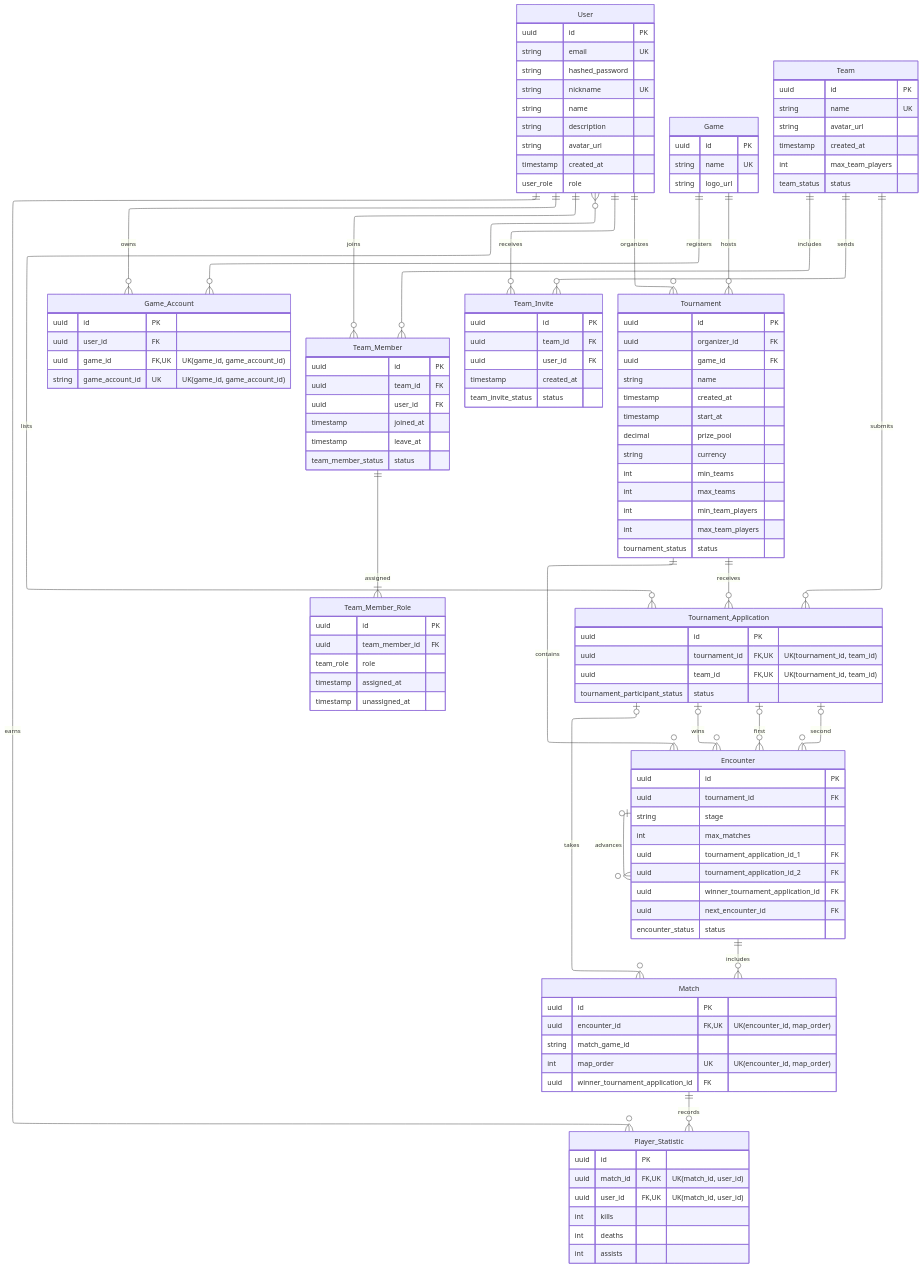
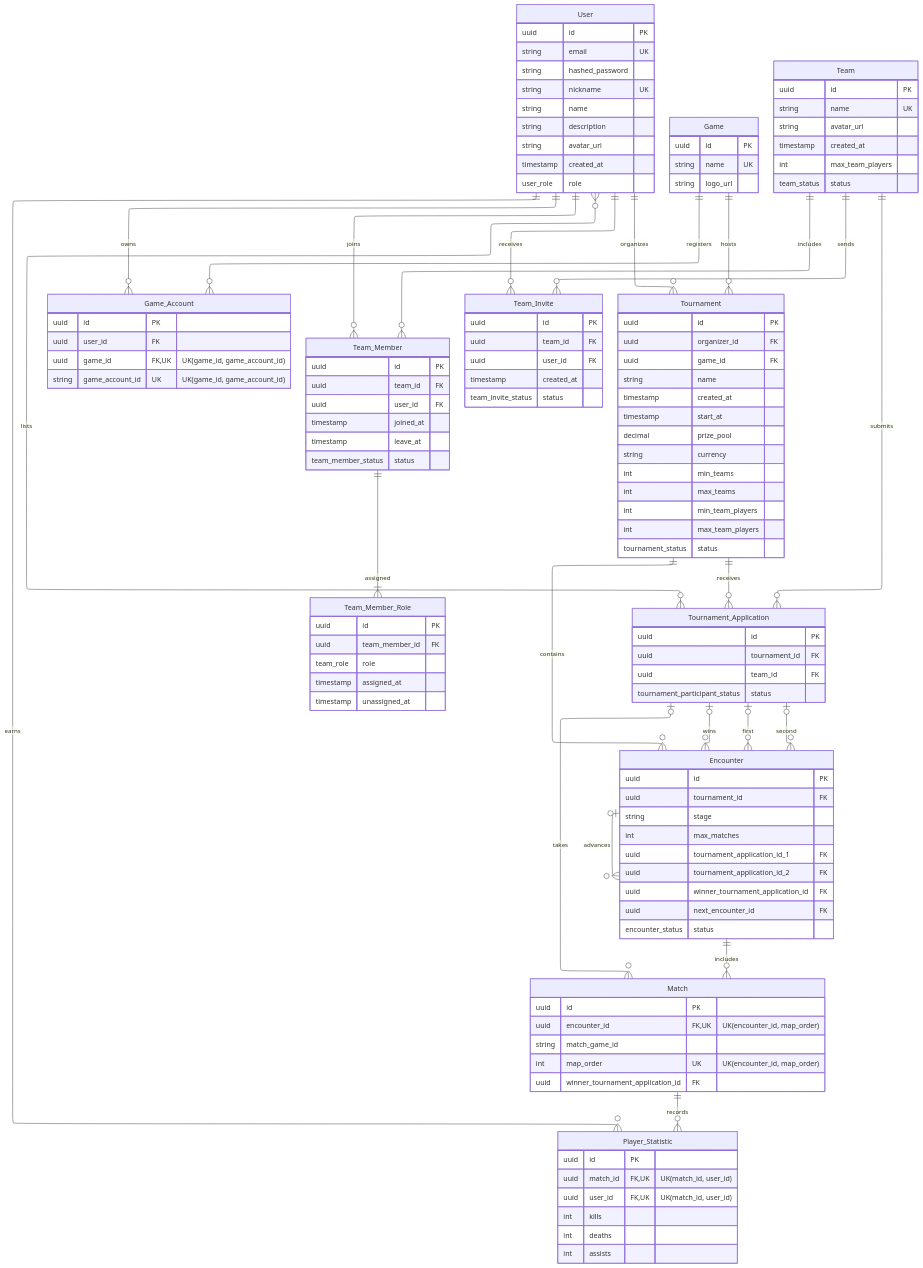
The diagram in lab1/artifact/artifact.mmd (EgorBarabash/kpi2), drawn with Mermaid before and after one commit. The commit also changed 2 other files, not shown here.

Commit message:
Prompt 3: ERD regenerated

```diff
--- a/lab1/artifact/artifact.mmd
+++ b/lab1/artifact/artifact.mmd
@@ -1,139 +1,139 @@
 ---
 config:
   layout: elk
   er:
     layoutDirection: TB
 ---
 erDiagram
     User {
         uuid id PK
         string email UK
         string hashed_password
         string nickname UK
         string name
         string description
         string avatar_url
         timestamp created_at
         user_role role
     }
 
     Game {
         uuid id PK
         string name UK
         string logo_url
     }
 
     Game_Account {
         uuid id PK
         uuid user_id FK
         uuid game_id FK, UK "UK(game_id, game_account_id)"
         string game_account_id UK "UK(game_id, game_account_id)"
     }
 
     Team {
         uuid id PK
         string name UK
         string avatar_url
         timestamp created_at
         int max_team_players
         team_status status
     }
 
     Team_Member {
         uuid id PK
         uuid team_id FK
         uuid user_id FK
         timestamp joined_at
         timestamp leave_at
         team_member_status status
     }
 
     Team_Member_Role {
         uuid id PK
         uuid team_member_id FK
         team_role role
         timestamp assigned_at
         timestamp unassigned_at
     }
 
     Team_Invite {
         uuid id PK
         uuid team_id FK
         uuid user_id FK
         timestamp created_at
         team_invite_status status
     }
 
     Tournament {
         uuid id PK
         uuid organizer_id FK
         uuid game_id FK
         string name
         timestamp created_at
         timestamp start_at
         decimal prize_pool
         string currency
         int min_teams
         int max_teams
         int min_team_players
         int max_team_players
         tournament_status status
     }
 
     Tournament_Application {
         uuid id PK
-        uuid tournament_id FK, UK "UK(tournament_id, team_id)"
-        uuid team_id FK, UK "UK(tournament_id, team_id)"
+        uuid tournament_id FK
+        uuid team_id FK
         tournament_participant_status status
     }
 
     Encounter {
         uuid id PK
         uuid tournament_id FK
         string stage
         int max_matches
         uuid tournament_application_id_1 FK
         uuid tournament_application_id_2 FK
         uuid winner_tournament_application_id FK
         uuid next_encounter_id FK
         encounter_status status
     }
 
     Match {
         uuid id PK
         uuid encounter_id FK, UK "UK(encounter_id, map_order)"
         string match_game_id
         int map_order UK "UK(encounter_id, map_order)"
         uuid winner_tournament_application_id FK
     }
 
     Player_Statistic {
         uuid id PK
         uuid match_id FK, UK "UK(match_id, user_id)"
         uuid user_id FK, UK "UK(match_id, user_id)"
         int kills
         int deaths
         int assists
     }
 
     User ||--o{ Team_Member : joins
     Team ||--o{ Team_Member : includes
     Team_Member ||--|{ Team_Member_Role : assigned
     Team ||--o{ Team_Invite : sends
     User ||--o{ Team_Invite : receives
     User ||--o{ Tournament : organizes
     Game ||--o{ Tournament : hosts
     User ||--o{ Game_Account : owns
     Game ||--o{ Game_Account : registers
     Team ||--o{ Tournament_Application : submits
     Tournament ||--o{ Tournament_Application : receives
     Tournament_Application }o--o{ User : lists
     Tournament ||--o{ Encounter : contains
     Tournament_Application |o--o{ Encounter : first
     Tournament_Application |o--o{ Encounter : second
     Tournament_Application |o--o{ Encounter : wins
     Encounter |o--o{ Encounter : advances
     Encounter ||--o{ Match : includes
     Tournament_Application |o--o{ Match : takes
     Match ||--o{ Player_Statistic : records
     User ||--o{ Player_Statistic : earns
```
